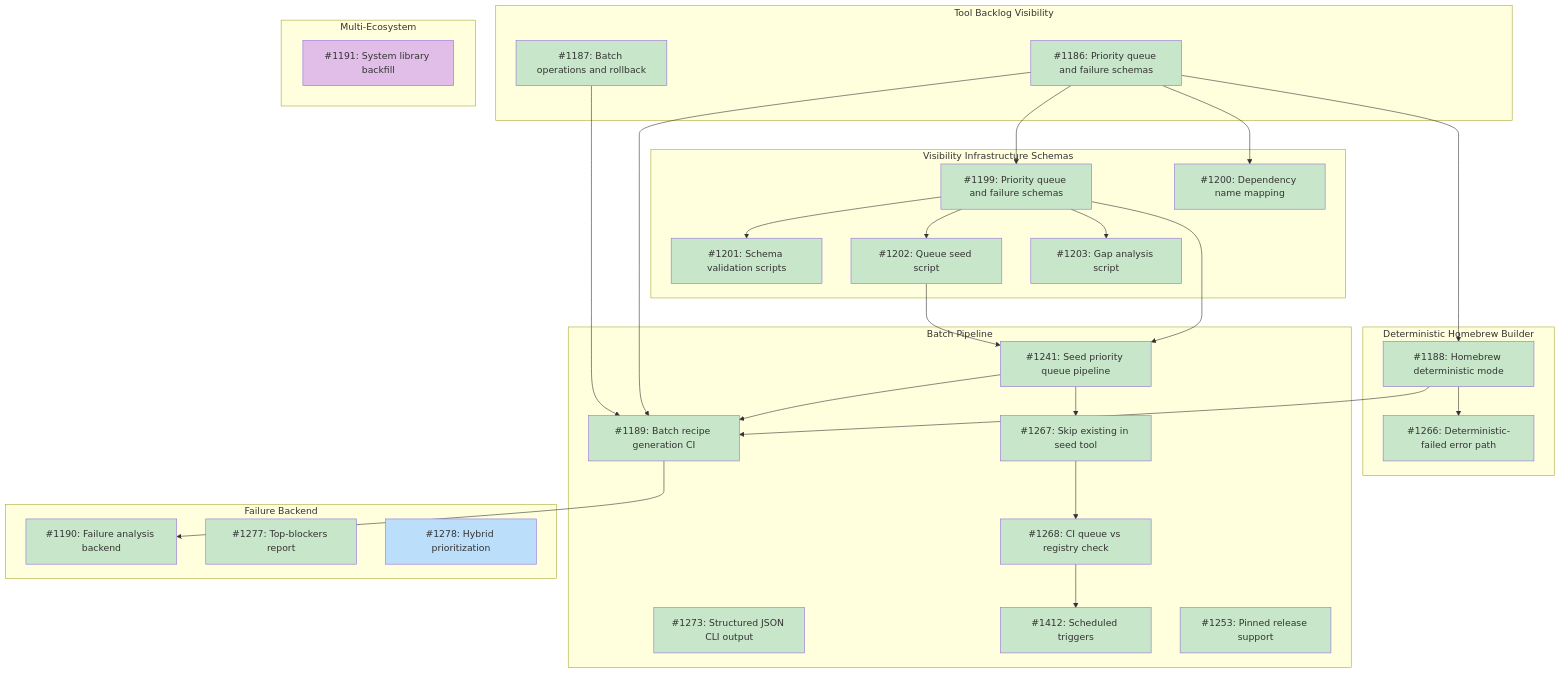
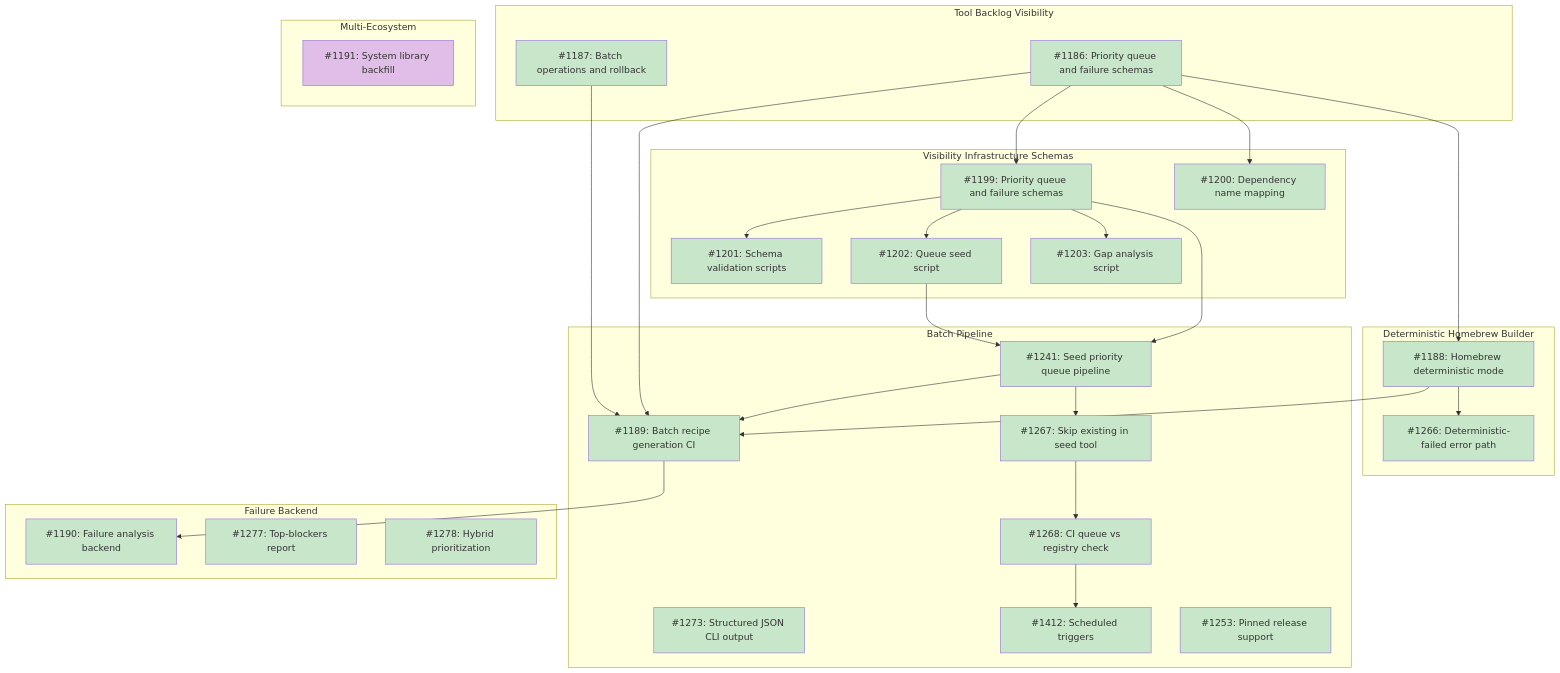
Before and after one commit to tsukumogami/tsuku: the diagram in docs/designs/DESIGN-registry-scale-strategy.md, drawn with Mermaid. The commit also changed other lines of this file and 2 other files, not shown here.

````diff
--- a/docs/designs/DESIGN-registry-scale-strategy.md
+++ b/docs/designs/DESIGN-registry-scale-strategy.md
@@ -77,82 +77,82 @@
 ```mermaid
 graph TD
     subgraph M_Visibility["Tool Backlog Visibility"]
         I1186["#1186: Priority queue and failure schemas"]
         I1187["#1187: Batch operations and rollback"]
     end
 
     subgraph M50["Visibility Infrastructure Schemas"]
         I1199["#1199: Priority queue and failure schemas"]
         I1200["#1200: Dependency name mapping"]
         I1201["#1201: Schema validation scripts"]
         I1202["#1202: Queue seed script"]
         I1203["#1203: Gap analysis script"]
     end
 
     subgraph M_HomebrewBuilder["Deterministic Homebrew Builder"]
         I1188["#1188: Homebrew deterministic mode"]
         I1266["#1266: Deterministic-failed error path"]
     end
 
     subgraph M_BatchPipeline["Batch Pipeline"]
         I1241["#1241: Seed priority queue pipeline"]
         I1189["#1189: Batch recipe generation CI"]
         I1267["#1267: Skip existing in seed tool"]
         I1268["#1268: CI queue vs registry check"]
         I1273["#1273: Structured JSON CLI output"]
         I1412["#1412: Scheduled triggers"]
         I1253["#1253: Pinned release support"]
     end
 
     subgraph M_FailureBackend["Failure Backend"]
         I1190["#1190: Failure analysis backend"]
         I1277["#1277: Top-blockers report"]
         I1278["#1278: Hybrid prioritization"]
     end
 
     subgraph M_MultiEcosystem["Multi-Ecosystem"]
         I1191["#1191: System library backfill"]
     end
 
     I1186 --> I1199
     I1186 --> I1200
     I1199 --> I1201
     I1199 --> I1202
     I1199 --> I1203
     I1199 --> I1241
     I1202 --> I1241
     I1186 --> I1188
     I1241 --> I1189
     I1186 --> I1189
     I1187 --> I1189
     I1188 --> I1189
     I1188 --> I1266
     I1241 --> I1267
     I1267 --> I1268
     I1268 --> I1412
     I1189 --> I1190
     classDef done fill:#c8e6c9
     classDef ready fill:#bbdefb
     classDef blocked fill:#fff9c4
     classDef needsDesign fill:#e1bee7
 
     class I1186,I1187 done
     class I1200 done
     class I1199 done
     class I1188 done
     class I1201 done
     class I1202 done
     class I1203 done
     class I1241 done
     class I1189 done
     class I1267 done
     class I1268 done
     class I1273 done
     class I1266 done
     class I1412 done
     class I1253 done
     class I1190 done
     class I1277 done
-    class I1278 ready
+    class I1278 done
     class I1191 needsDesign
 ```
````
